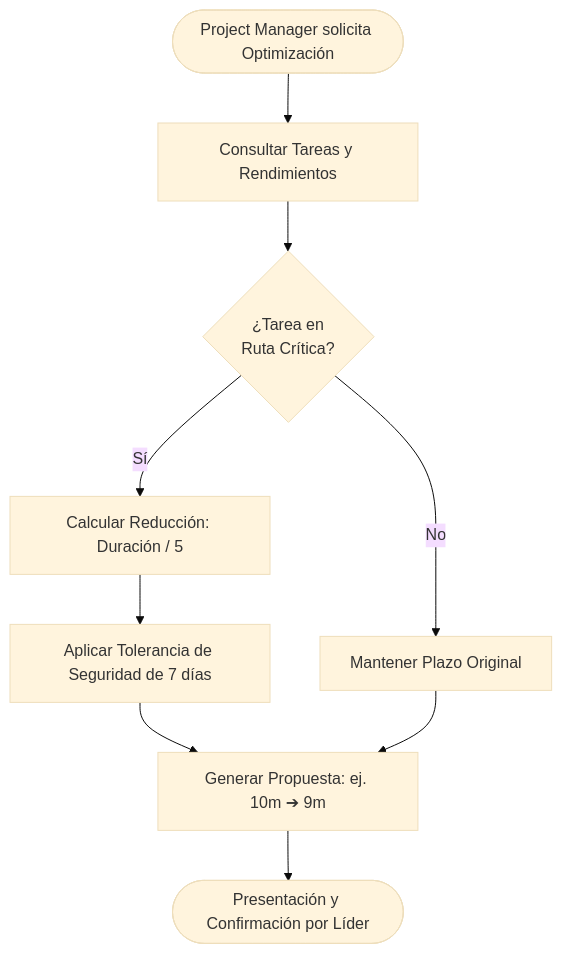
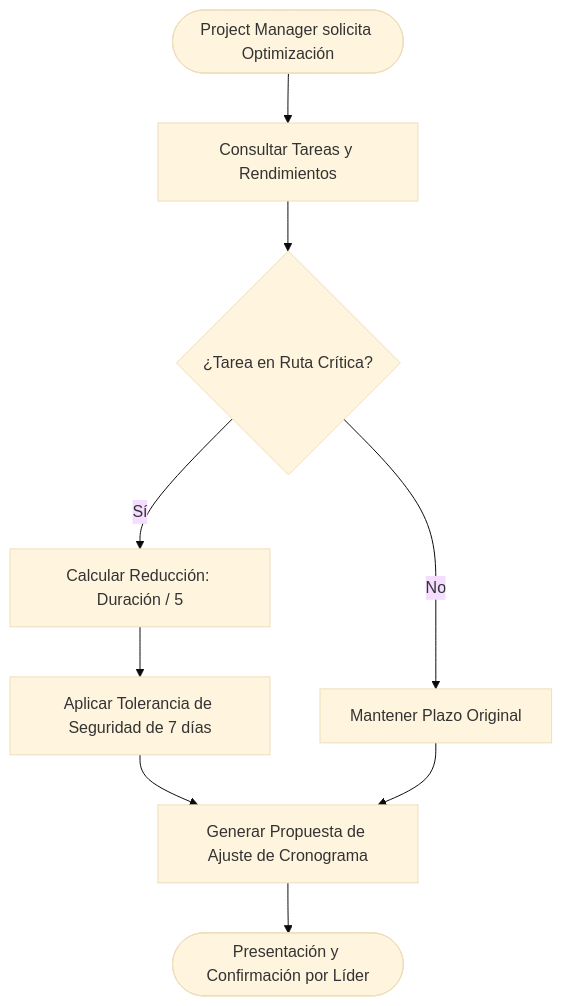
One commit to CruzRonaldo/project-planner changed the diagram in docs/modules/04-gestion-operativa-y-motor-tiempos.md. Above: the diagram before and after it, drawn with Mermaid (base theme). The commit also changed 36 other files, not shown here.

````diff
--- a/docs/modules/04-gestion-operativa-y-motor-tiempos.md
+++ b/docs/modules/04-gestion-operativa-y-motor-tiempos.md
@@ -41,14 +41,14 @@
 ```mermaid
 flowchart TD
-    Start([Project Manager solicita Optimización]) --> Consultar[Consultar Tareas y Rendimientos]
-    Consultar --> FiltroCritico{¿Tarea en<br/>Ruta Crítica?}
+    Start(["Project Manager solicita Optimización"]) --> Consultar["Consultar Tareas y Rendimientos"]
+    Consultar --> FiltroCritico{"¿Tarea en Ruta Crítica?"}
     
-    FiltroCritico -- No --> Mantener[Mantener Plazo Original]
-    FiltroCritico -- Sí --> Calcular[Calcular Reducción: Duración / 5]
+    FiltroCritico -- No --> Mantener["Mantener Plazo Original"]
+    FiltroCritico -- Sí --> Calcular["Calcular Reducción: Duración / 5"]
     
-    Calcular --> EvalTolerancia[Aplicar Tolerancia de Seguridad de 7 días]
-    EvalTolerancia --> GenerarPropuesta[Generar Propuesta: ej. 10m ➔ 9m]
+    Calcular --> EvalTolerancia["Aplicar Tolerancia de Seguridad de 7 días"]
+    EvalTolerancia --> GenerarPropuesta["Generar Propuesta de Ajuste de Cronograma"]
     Mantener --> GenerarPropuesta
     
-    GenerarPropuesta --> Presentar([Presentación y Confirmación por Líder])
+    GenerarPropuesta --> Presentar(["Presentación y Confirmación por Líder"])
 ```
````
